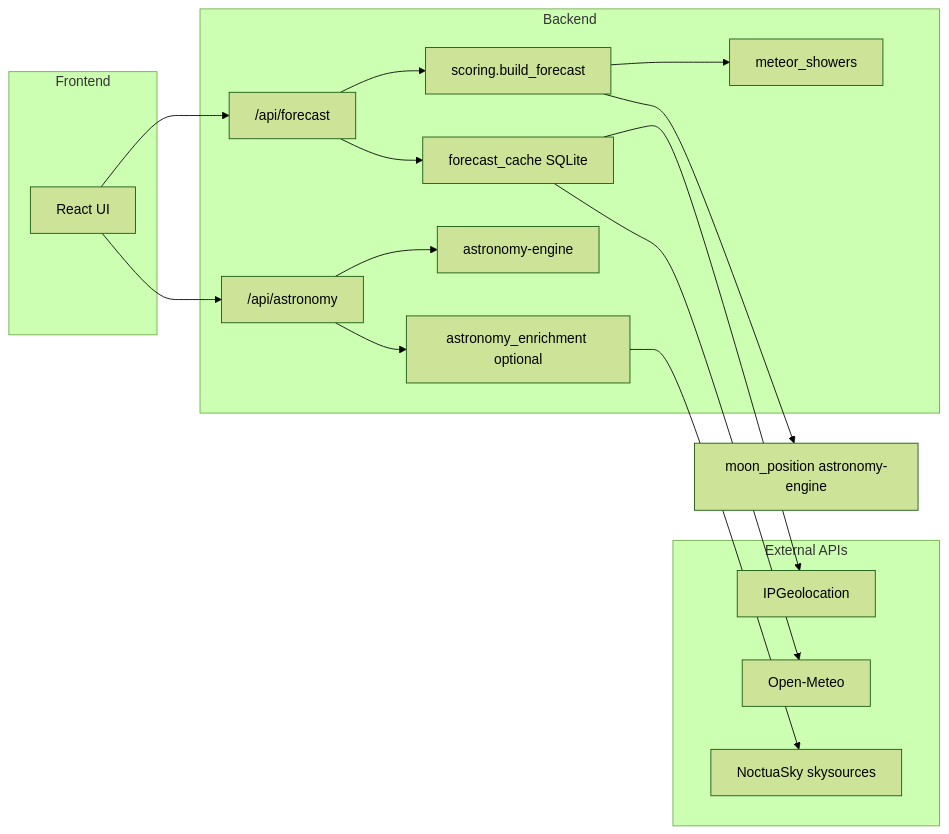
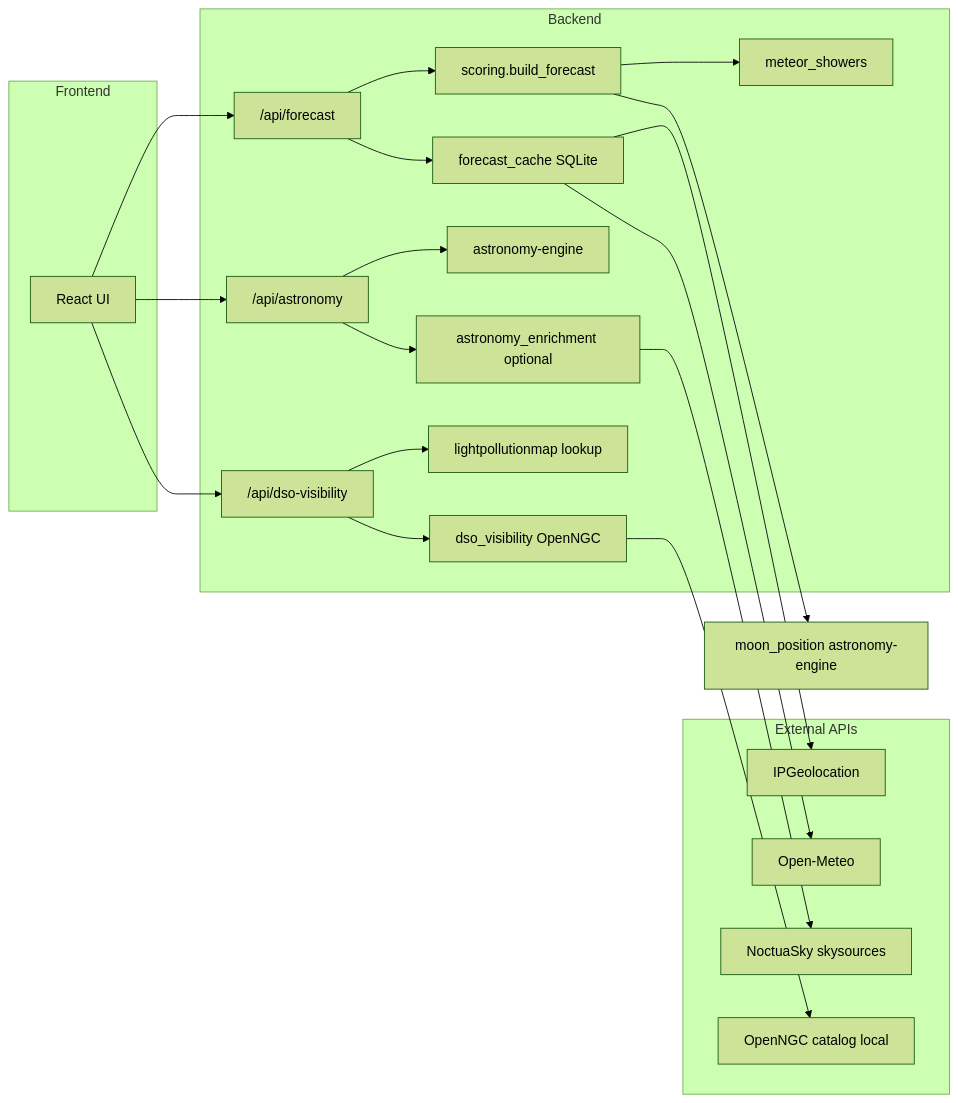
One commit to jlaw3855/finderscope-app changed the diagram in README.md. Above: the diagram before and after it, drawn with Mermaid (forest theme). The commit also changed other lines of this file and 31 other files, not shown here.

````diff
--- a/README.md
+++ b/README.md
@@ -307,31 +304,39 @@
 ```mermaid
 flowchart LR
   subgraph frontend [Frontend]
     UI[React UI]
   end
   subgraph backend [Backend]
     ForecastRouter["/api/forecast"]
     ForecastCache[forecast_cache SQLite]
     Scoring[scoring.build_forecast]
     MeteorSvc[meteor_showers]
     AstronomyRouter["/api/astronomy"]
+    DsoRouter["/api/dso-visibility"]
     AstroEngine[astronomy-engine]
+    DsoSvc[dso_visibility OpenNGC]
+    LightPollution[lightpollutionmap lookup]
     NoctuaEnrich[astronomy_enrichment optional]
   end
   subgraph external [External APIs]
     IPGeo[IPGeolocation]
     OpenMeteo[Open-Meteo]
     Noctua[NoctuaSky skysources]
+    OpenNGC[OpenNGC catalog local]
   end
   UI --> ForecastRouter
   ForecastRouter --> ForecastCache
   ForecastCache --> IPGeo
   ForecastCache --> OpenMeteo
   ForecastRouter --> Scoring
   Scoring --> MeteorSvc
   Scoring --> MoonPos[moon_position astronomy-engine]
   UI --> AstronomyRouter
   AstronomyRouter --> AstroEngine
   AstronomyRouter --> NoctuaEnrich
   NoctuaEnrich --> Noctua
+  UI --> DsoRouter
+  DsoRouter --> LightPollution
+  DsoRouter --> DsoSvc
+  DsoSvc --> OpenNGC
 ```
````
